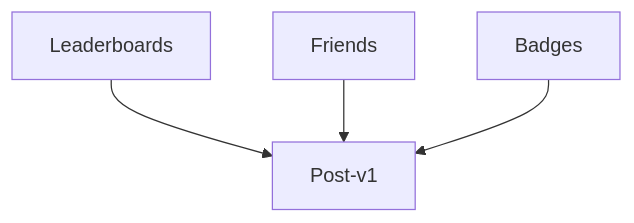
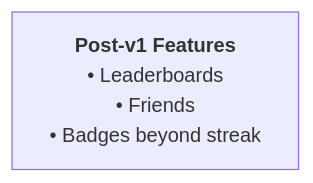
Before and after one commit to Willayam/maxa: the seventh of 8 diagrams in docs/ROADMAP.md, drawn with Mermaid. The commit also changed other lines of this file, not shown here.

First line of the commit message:
docs: Consolidate mermaid boxes with bold titles + bullet lists

````diff
--- a/docs/ROADMAP.md
+++ b/docs/ROADMAP.md
@@ -195,6 +129,4 @@
 ```mermaid
-flowchart TD
-    A[Leaderboards] --> B[Post-v1]
-    C[Friends] --> B
-    D[Badges] --> B
+flowchart LR
+    A["<b>Post-v1 Features</b><br/>• Leaderboards<br/>• Friends<br/>• Badges beyond streak"]
 ```
````
